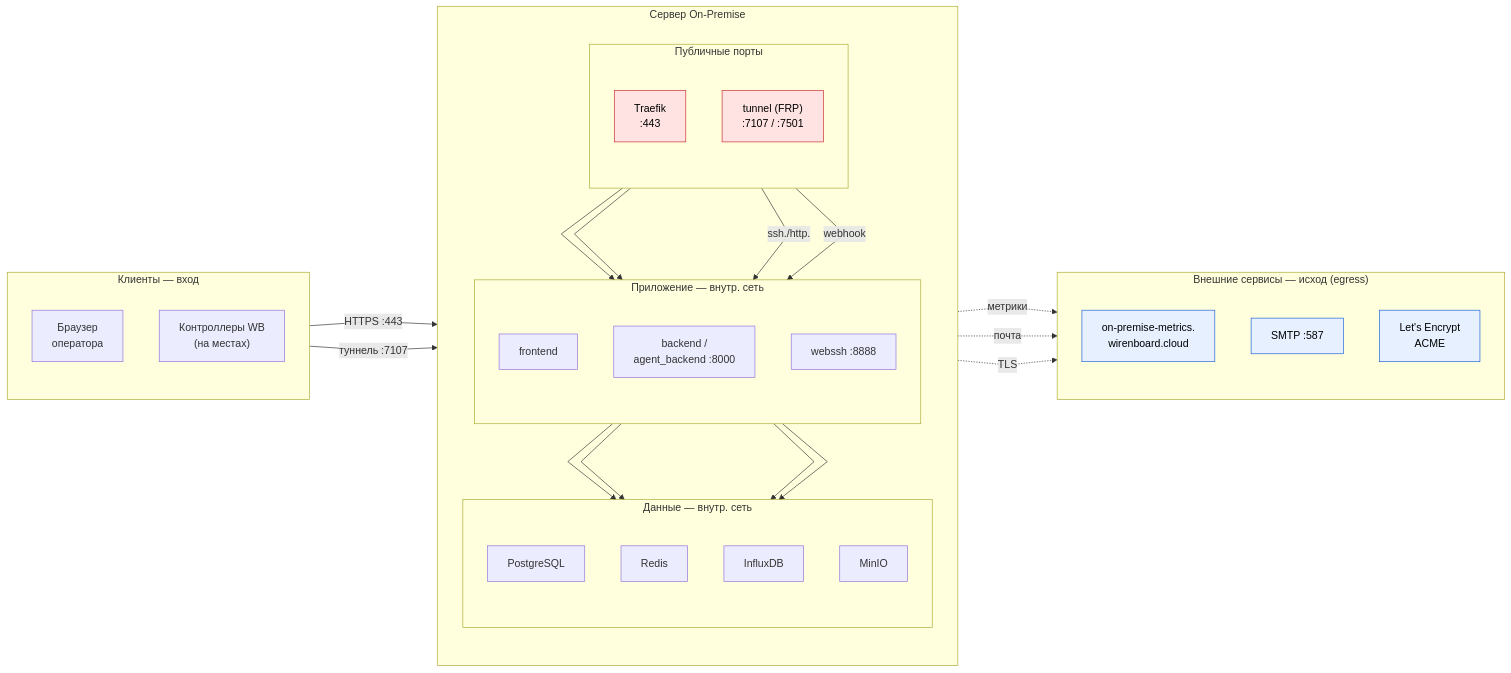
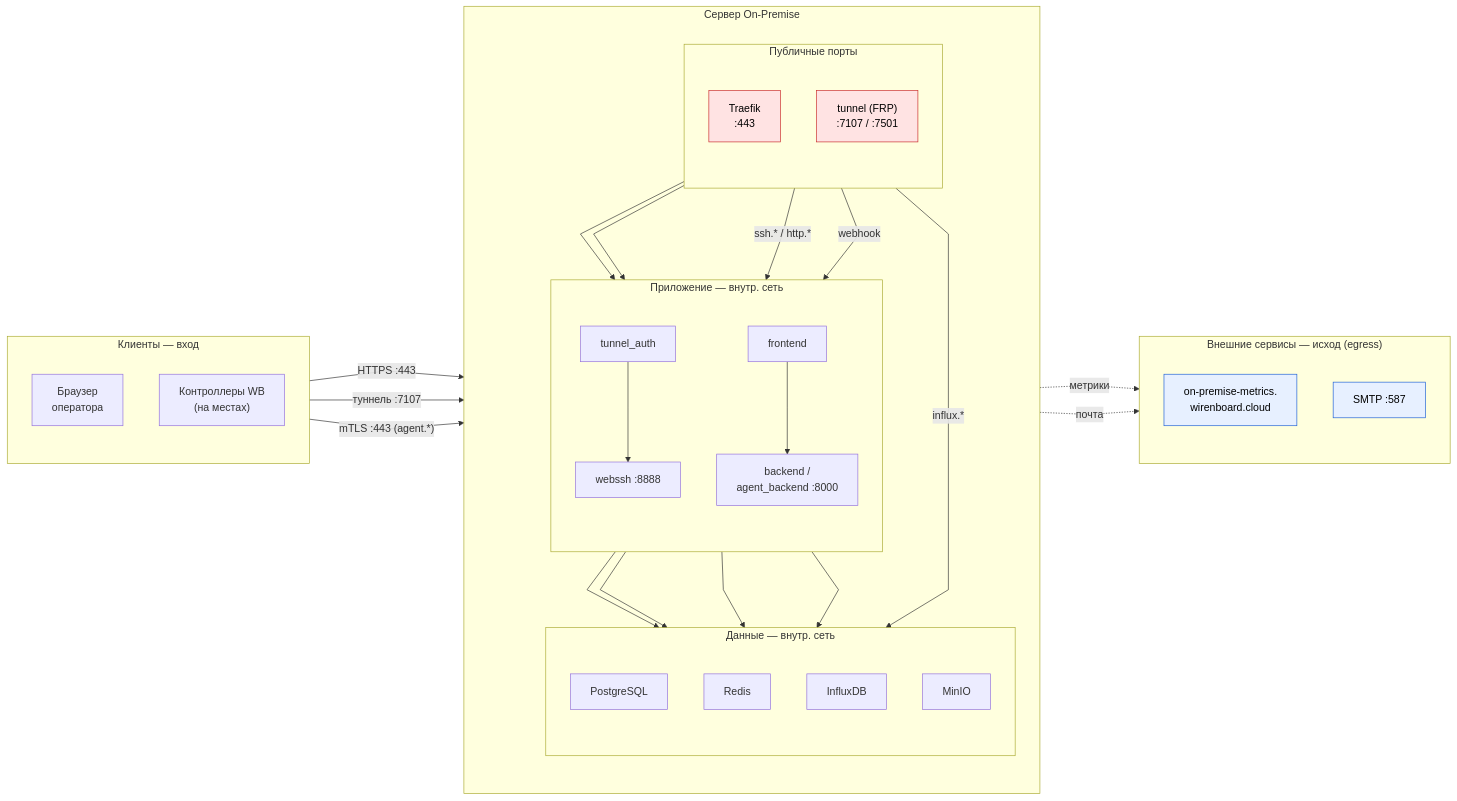
Before and after one commit to wirenboard/cloud-on-premise: the diagram in doc/SECURITY_NETWORK.md, drawn with Mermaid. The commit also changed other lines of this file and 4 other files, not shown here.

````diff
--- a/doc/SECURITY_NETWORK.md
+++ b/doc/SECURITY_NETWORK.md
@@ -60,57 +54,60 @@
 ```mermaid
 %%{init: {"flowchart": {"curve": "linear", "nodeSpacing": 55, "rankSpacing": 90}} }%%
 flowchart LR
     subgraph clients["Клиенты — вход"]
         direction TB
         browser["Браузер<br/>оператора"]
         ctrl["Контроллеры WB<br/>(на местах)"]
     end
 
     subgraph host["Сервер On-Premise"]
         direction TB
         subgraph edge["Публичные порты"]
             direction TB
             traefik["Traefik<br/>:443"]
             tunnel["tunnel (FRP)<br/>:7107 / :7501"]
         end
         subgraph app["Приложение — внутр. сеть"]
             direction TB
             frontend["frontend"]
             backend["backend /<br/>agent_backend :8000"]
+            tunnel_auth["tunnel_auth"]
             webssh["webssh :8888"]
         end
         subgraph data["Данные — внутр. сеть"]
             direction TB
             pg["PostgreSQL"]
             redis["Redis"]
             influx["InfluxDB"]
             minio["MinIO"]
         end
     end
 
     subgraph ext["Внешние сервисы — исход (egress)"]
         direction TB
         wbcloud["on-premise-metrics.<br/>wirenboard.cloud"]
         smtp["SMTP :587"]
-        acme["Let's Encrypt<br/>ACME"]
     end
 
-    browser -->|HTTPS :443| traefik
-    ctrl -->|туннель :7107| tunnel
+    browser -->|"HTTPS :443"| traefik
+    ctrl -->|"туннель :7107"| tunnel
+    ctrl -->|"mTLS :443 (agent.*)"| traefik
     traefik --> frontend
     traefik --> backend
-    traefik -->|ssh./http.| webssh
+    traefik -->|"influx.*"| influx
+    traefik -->|"ssh.* / http.*"| tunnel_auth
+    tunnel_auth --> webssh
+    frontend --> backend
     tunnel -->|webhook| backend
     backend --> pg
     backend --> redis
     backend --> influx
     backend --> minio
     backend -.->|метрики| wbcloud
     backend -.->|почта| smtp
-    traefik -.->|TLS| acme
 
     classDef pub fill:#ffe3e3,stroke:#c92a2a,color:#000;
     classDef extn fill:#e7f0ff,stroke:#1c5fd6,color:#000;
     class traefik,tunnel pub;
-    class wbcloud,smtp,acme extn;
+    class wbcloud,smtp extn;
 ```
````
